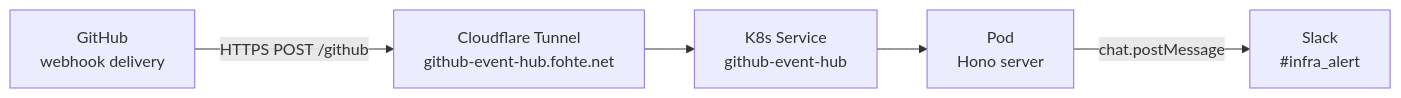
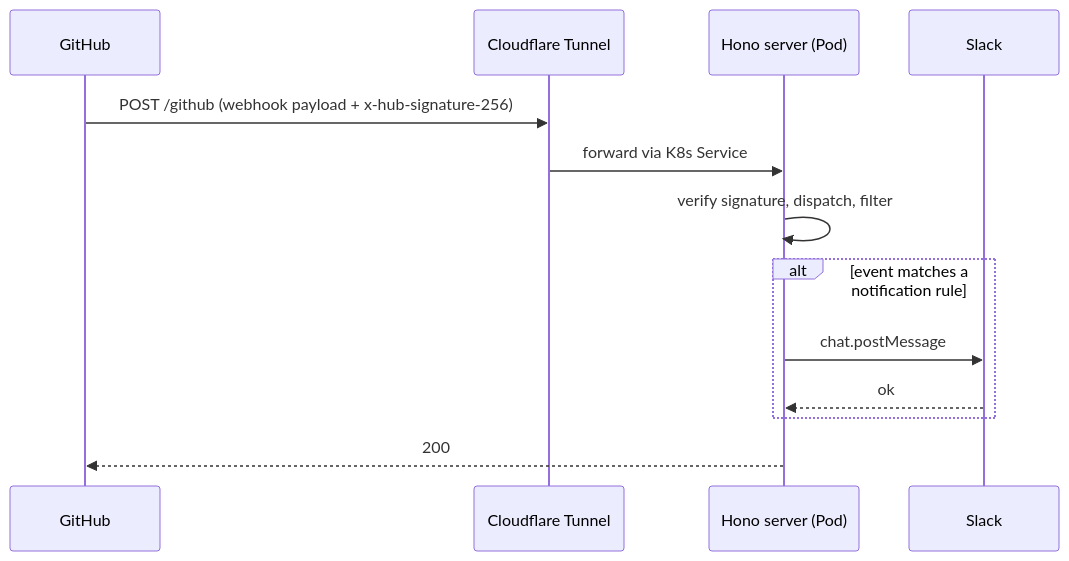
One commit to fohte/github-event-hub changed the diagram in docs/architecture.md. Above: the diagram before and after it, drawn with Mermaid. The commit also changed other lines of this file and 1 other file, not shown here.

Commit message:
docs: address review feedback on intro framing, ghcr badge, sequence diagram, components table
intent(docs): drop facts that read as cosmetic detail or implementation specifics
decision(docs): switch the architecture diagram to a sequence — it's about who talks to who in what order, which is what a sequence diagram is for
rejected(docs): per-file Components table — listing src/<file>: <one-liner> mirrors the directory listing, doesn't add insight, and grows stale every time a file moves

````diff
--- a/docs/architecture.md
+++ b/docs/architecture.md
@@ -7,13 +7,16 @@
 ```mermaid
-flowchart LR
-  GH[GitHub<br/>webhook delivery]
-  CF[Cloudflare Tunnel<br/>github-event-hub.fohte.net]
-  SVC[K8s Service<br/>github-event-hub]
-  POD[Pod<br/>Hono server]
-  SLACK[Slack<br/>#infra_alert]
+sequenceDiagram
+  participant GH as GitHub
+  participant CF as Cloudflare Tunnel
+  participant POD as Hono server (Pod)
+  participant SLACK as Slack
 
-  GH -->|HTTPS POST /github| CF
-  CF --> SVC
-  SVC --> POD
-  POD -->|chat.postMessage| SLACK
+  GH->>CF: POST /github (webhook payload + x-hub-signature-256)
+  CF->>POD: forward via K8s Service
+  POD->>POD: verify signature, dispatch, filter
+  alt event matches a notification rule
+    POD->>SLACK: chat.postMessage
+    SLACK-->>POD: ok
+  end
+  POD-->>GH: 200
 ```
````
